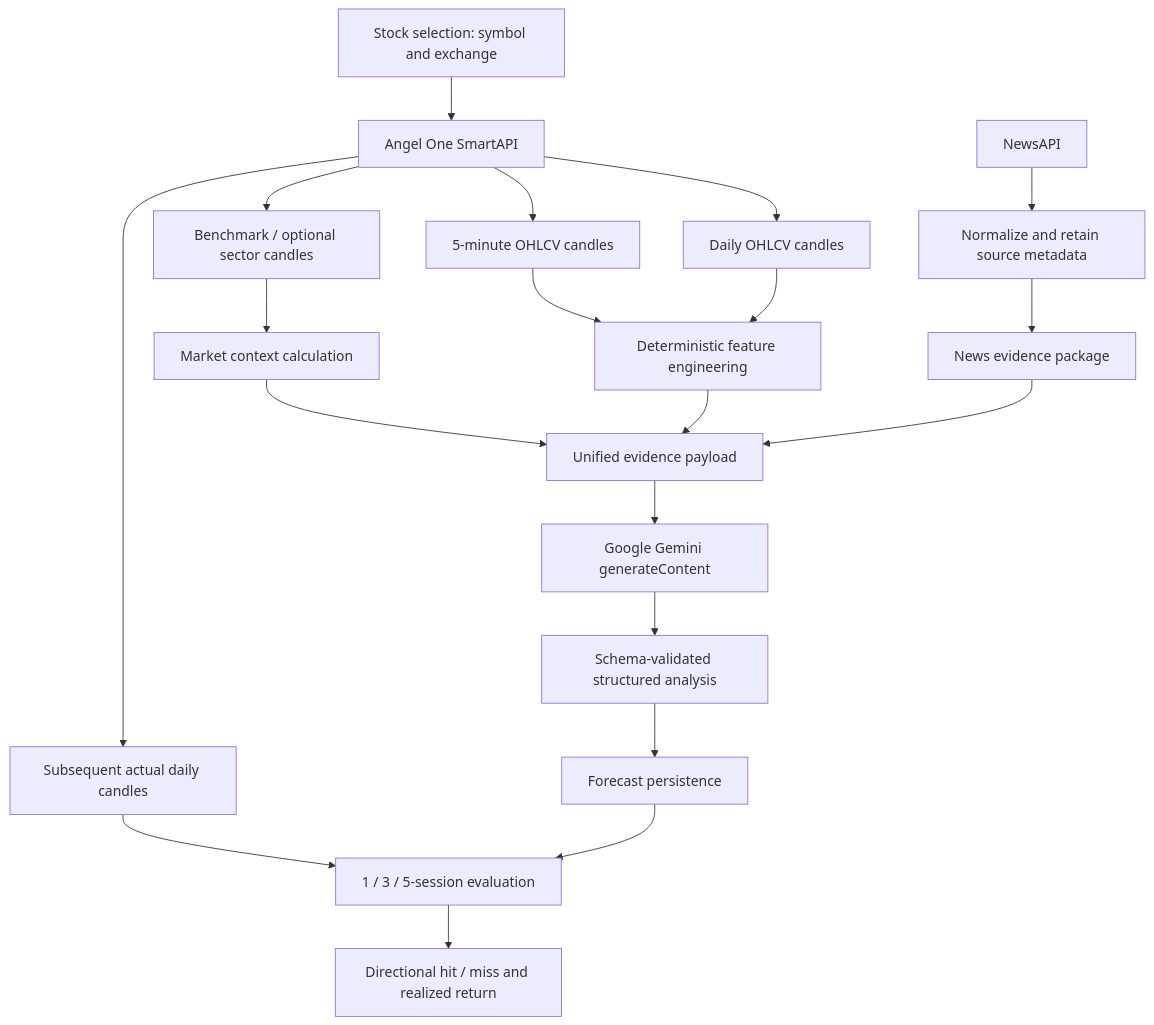
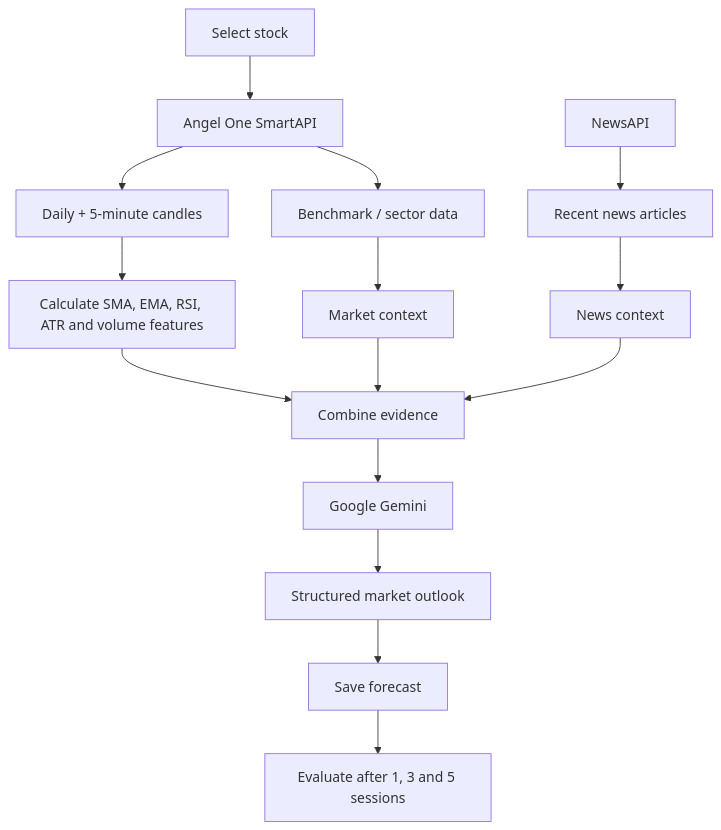
The first of 2 diagrams in README.md (sarthakpande108/genai-trading-engine), drawn with Mermaid before and after one commit. The commit also changed other lines of this file, not shown here.

Commit message:
Simplify README and clarify GenAI and paper trading flows

````diff
--- a/README.md
+++ b/README.md
@@ -27,22 +17,17 @@
 ```mermaid
 flowchart TD
-    A[Stock selection: symbol and exchange] --> B[Angel One SmartAPI]
-    B --> C[Daily OHLCV candles]
-    B --> D[5-minute OHLCV candles]
-    B --> E[Benchmark / optional sector candles]
-    F[NewsAPI] --> G[Normalize and retain source metadata]
-    C --> H[Deterministic feature engineering]
-    D --> H
-    E --> I[Market context calculation]
-    G --> J[News evidence package]
-    H --> K[Unified evidence payload]
-    I --> K
-    J --> K
-    K --> L[Google Gemini generateContent]
-    L --> M[Schema-validated structured analysis]
-    M --> N[Forecast persistence]
-    N --> O[1 / 3 / 5-session evaluation]
-    B --> P[Subsequent actual daily candles]
-    P --> O
-    O --> Q[Directional hit / miss and realized return]
+    A[Select stock] --> B[Angel One SmartAPI]
+    B --> C[Daily + 5-minute candles]
+    B --> D[Benchmark / sector data]
+    E[NewsAPI] --> F[Recent news articles]
+    C --> G[Calculate SMA, EMA, RSI, ATR and volume features]
+    D --> H[Market context]
+    F --> I[News context]
+    G --> J[Combine evidence]
+    H --> J
+    I --> J
+    J --> K[Google Gemini]
+    K --> L[Structured market outlook]
+    L --> M[Save forecast]
+    M --> N[Evaluate after 1, 3 and 5 sessions]
 ```
````
